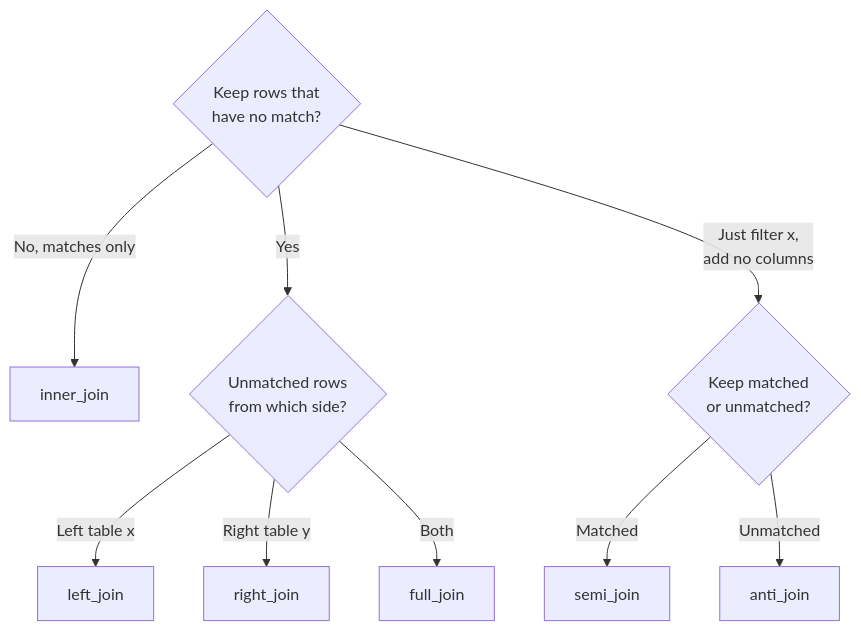
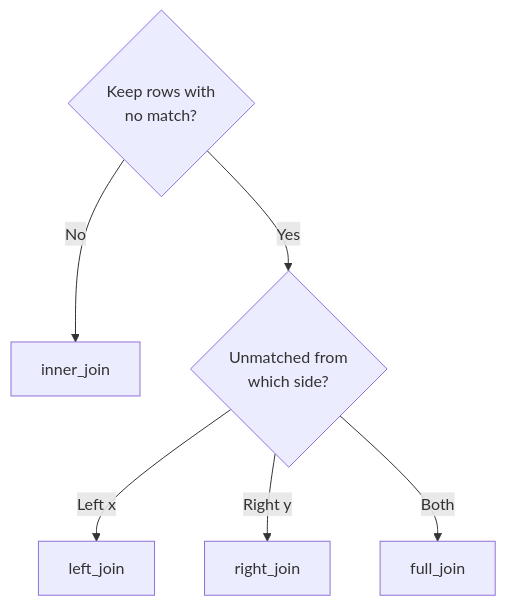
One commit to rgt47/practicum changed the diagram in 15-joins.qmd. Above: the diagram before and after it, drawn with Mermaid. The commit also changed 7 other files, not shown here.

````diff
--- a/15-joins.qmd
+++ b/15-joins.qmd
@@ -121,17 +121,14 @@
 ```{mermaid}
 %%| label: fig-join-choice
 %%| fig-cap: "Choosing a join. The first question is whether unmatched
 %%|   rows should survive; the second is from which table. The
 %%|   filtering joins (semi, anti) answer a different question again:
 %%|   keep or drop rows of x by their presence in y, adding no columns."
 flowchart TD
-  Q1{"Keep rows that<br/>have no match?"}
-  Q1 -->|"No, matches only"| INNER["inner_join"]
-  Q1 -->|"Yes"| Q2{"Unmatched rows<br/>from which side?"}
-  Q2 -->|"Left table x"| LEFT["left_join"]
-  Q2 -->|"Right table y"| RIGHT["right_join"]
+  Q1{"Keep rows with<br/>no match?"}
+  Q1 -->|"No"| INNER["inner_join"]
+  Q1 -->|"Yes"| Q2{"Unmatched from<br/>which side?"}
+  Q2 -->|"Left x"| LEFT["left_join"]
+  Q2 -->|"Right y"| RIGHT["right_join"]
   Q2 -->|"Both"| FULL["full_join"]
-  Q1 -->|"Just filter x,<br/>add no columns"| Q3{"Keep matched<br/>or unmatched?"}
-  Q3 -->|"Matched"| SEMI["semi_join"]
-  Q3 -->|"Unmatched"| ANTI["anti_join"]
 ```
````
